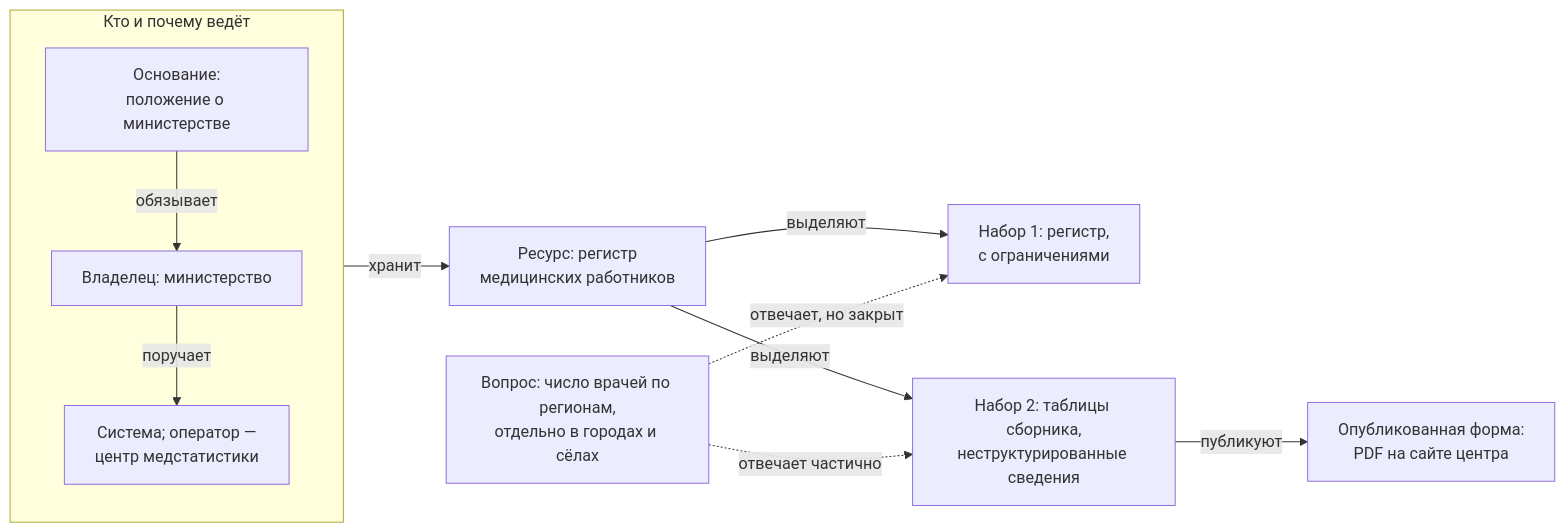
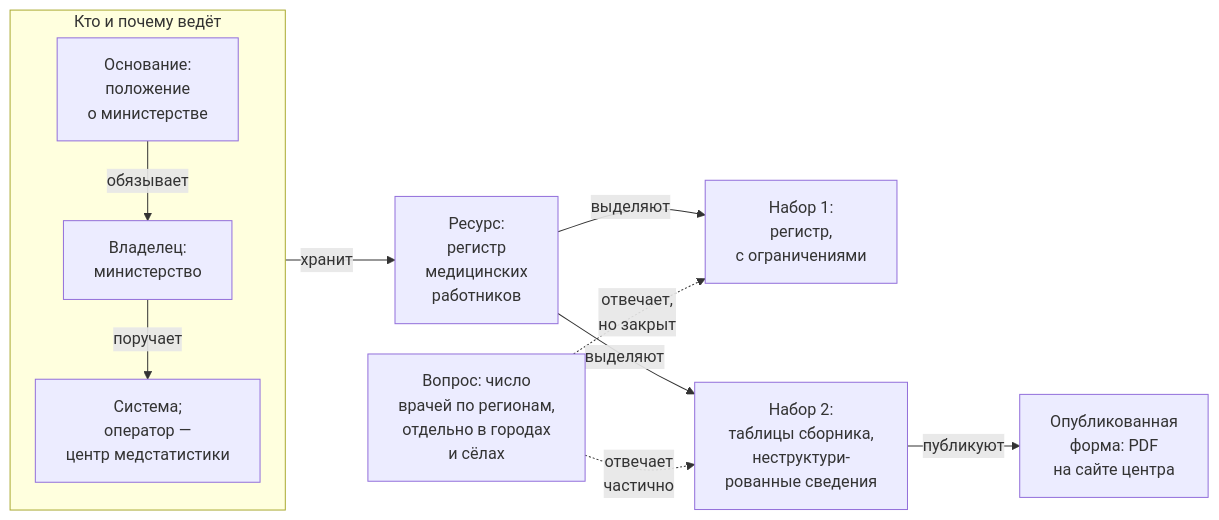
Before and after one commit to ivbeg/data-inventory: the diagram in docs/01-basics/02-what-is-inventoried.md, drawn with Mermaid. The commit also changed 34 other files, not shown here.

First line of the commit message:
Читаемая карта от продукта и единый размер схем в PDF

````diff
--- a/docs/01-basics/02-what-is-inventoried.md
+++ b/docs/01-basics/02-what-is-inventoried.md
@@ -28,14 +28,22 @@
 ```mermaid
+---
+config:
+  layout: dagre
+  flowchart:
+    rankSpacing: 30
+    nodeSpacing: 30
+    minNodeWidth: 40
+---
 flowchart LR
   subgraph who["Кто и почему ведёт"]
     direction TB
-    B["Основание:<br/>положение о министерстве"] -->|"обязывает"| O["Владелец: министерство"]
-    O -->|"поручает"| S["Система; оператор —<br/>центр медстатистики"]
+    B["Основание:<br/>положение<br/>о министерстве"] -->|"обязывает"| O["Владелец:<br/>министерство"]
+    O -->|"поручает"| S["Система;<br/>оператор —<br/>центр медстатистики"]
   end
-  who -->|"хранит"| R["Ресурс: регистр<br/>медицинских работников"]
-  R -->|"выделяют"| D1["Набор 1: регистр,<br/>с ограничениями"]
-  R -->|"выделяют"| D2["Набор 2: таблицы сборника,<br/>неструктурированные сведения"]
-  D2 -->|"публикуют"| P["Опубликованная форма:<br/>PDF на сайте центра"]
-  Q["Вопрос: число врачей по регионам,<br/>отдельно в городах и сёлах"] -. "отвечает, но закрыт" .-> D1
-  Q -. "отвечает частично" .-> D2
+  who -->|"хранит"| R["Ресурс:<br/>регистр<br/>медицинских<br/>работников"]
+  R -->|"выделяют"| D1["Набор 1:<br/>регистр,<br/>с ограничениями"]
+  R -->|"выделяют"| D2["Набор 2:<br/>таблицы сборника,<br/>неструктури-<br/>рованные сведения"]
+  D2 -->|"публикуют"| P["Опубликованная<br/>форма: PDF<br/>на сайте центра"]
+  Q["Вопрос: число<br/>врачей по регионам,<br/>отдельно в городах<br/>и сёлах"] -. "отвечает,<br/>но закрыт" .-> D1
+  Q -. "отвечает<br/>частично" .-> D2
 ```
````
